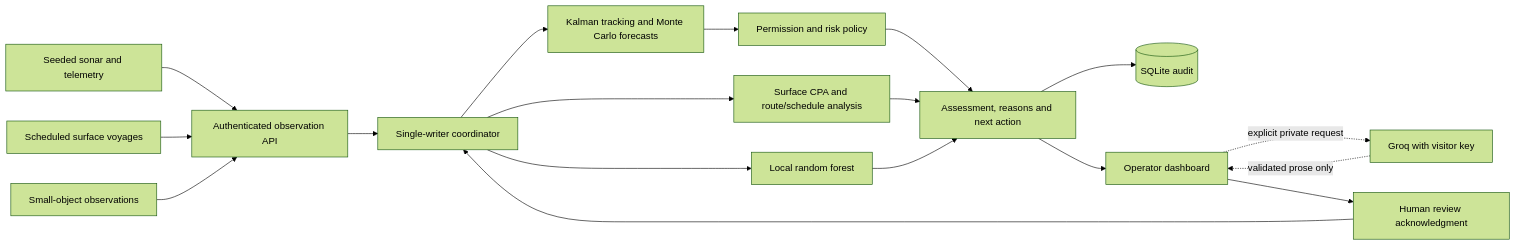
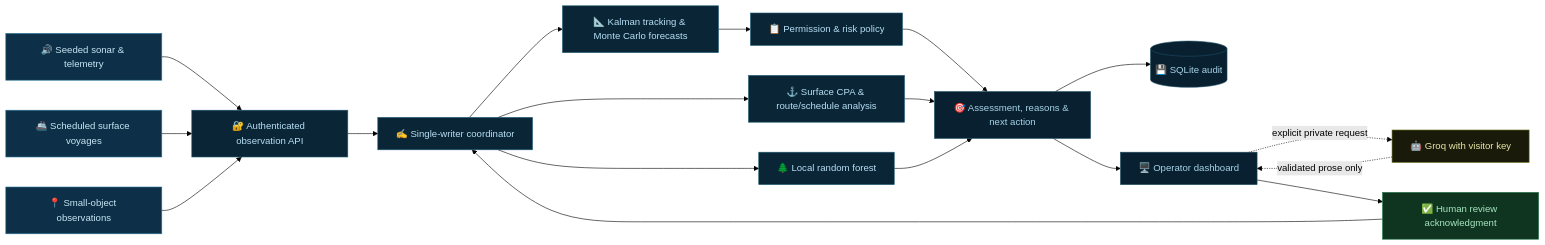
Before and after one commit to enlightenedscholar777-dev/The-Argonauts-Hackathon: the diagram in README.md, drawn with Mermaid (forest theme). The commit also changed other lines of this file, not shown here.

Commit message:
docs: rich README with animated hero, badges, mermaid diagram and team section

````diff
--- a/README.md
+++ b/README.md
@@ -54,20 +105,26 @@
 ```mermaid
 flowchart LR
-    S[Seeded sonar and telemetry] --> I[Authenticated observation API]
-    V[Scheduled surface voyages] --> I
-    O[Small-object observations] --> I
-    I --> C[Single-writer coordinator]
-    C --> K[Kalman tracking and Monte Carlo forecasts]
-    C --> T[Surface CPA and route/schedule analysis]
-    C --> M[Local random forest]
-    K --> P[Permission and risk policy]
-    P --> D[Assessment, reasons and next action]
+    classDef sensor fill:#0d3048,stroke:#2a7a9e,color:#c8e6f5
+    classDef engine fill:#0a2535,stroke:#1e5c78,color:#b8dff5
+    classDef output fill:#092030,stroke:#1a4d63,color:#a8d4e8
+    classDef human fill:#0f3520,stroke:#1d7040,color:#a8e6c0
+    classDef ai fill:#1a1a0a,stroke:#6b6b1a,color:#e6e6a8
+
+    S[🔊 Seeded sonar & telemetry]:::sensor --> I[🔐 Authenticated observation API]:::engine
+    V[🚢 Scheduled surface voyages]:::sensor --> I
+    O[📍 Small-object observations]:::sensor --> I
+    I --> C[✍️ Single-writer coordinator]:::engine
+    C --> K[📐 Kalman tracking & Monte Carlo forecasts]:::engine
+    C --> T[⚓ Surface CPA & route/schedule analysis]:::engine
+    C --> M[🌲 Local random forest]:::engine
+    K --> P[📋 Permission & risk policy]:::engine
+    P --> D[🎯 Assessment, reasons & next action]:::output
     T --> D
     M --> D
-    D --> DB[(SQLite audit)]
-    D --> U[Operator dashboard]
-    U --> H[Human review acknowledgment]
+    D --> DB[(💾 SQLite audit)]:::output
+    D --> U[🖥️ Operator dashboard]:::output
+    U --> H[✅ Human review acknowledgment]:::human
     H --> C
-    U -. explicit private request .-> G[Groq with visitor key]
+    U -. explicit private request .-> G[🤖 Groq with visitor key]:::ai
     G -. validated prose only .-> U
 ```
````
